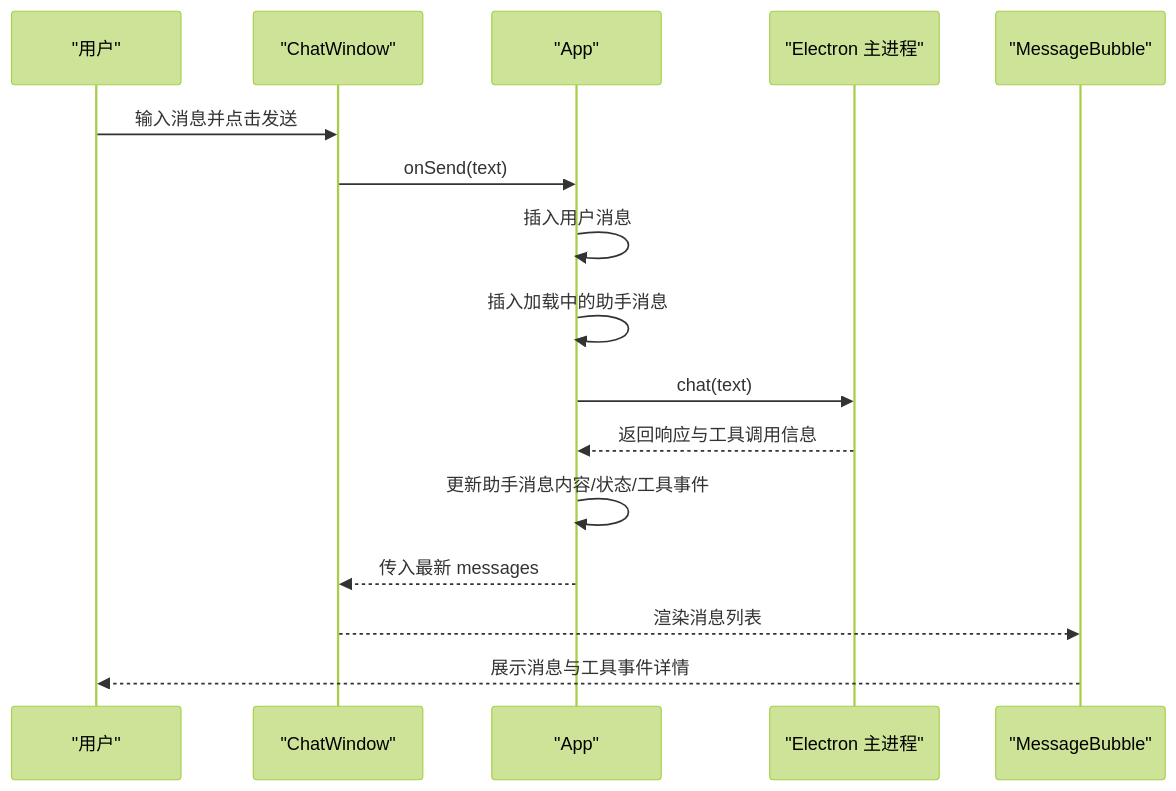
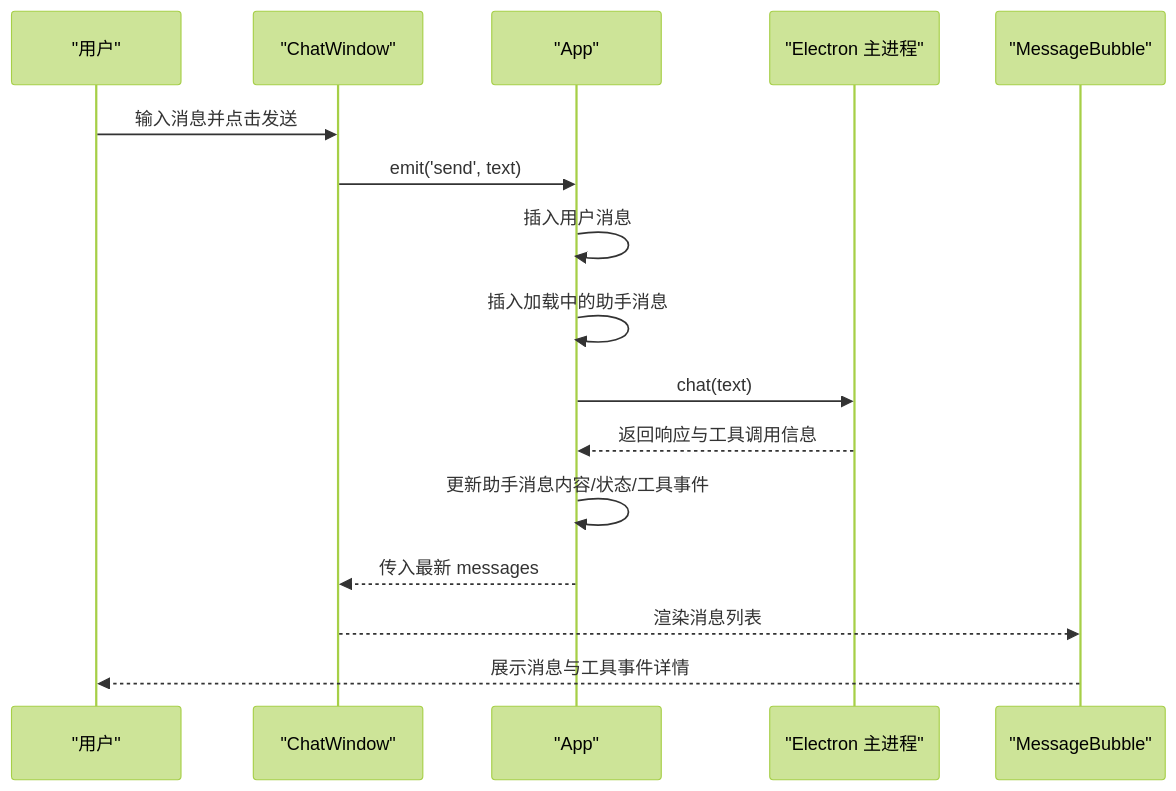
The second of 6 diagrams in .qoder/repowiki/zh/content/核心组件/核心组件.md (hallllla/QAQ-Agent), drawn with Mermaid (forest theme) before and after one commit. The commit also changed other lines of this file and 23 other files, not shown here.

````diff
--- a/.qoder/repowiki/zh/content/核心组件/核心组件.md
+++ b/.qoder/repowiki/zh/content/核心组件/核心组件.md
@@ -72,18 +85,18 @@
 ```mermaid
 sequenceDiagram
 participant U as "用户"
 participant CW as "ChatWindow"
 participant APP as "App"
 participant EP as "Electron 主进程"
 participant MB as "MessageBubble"
 U->>CW : 输入消息并点击发送
-CW->>APP : onSend(text)
+CW->>APP : emit('send', text)
 APP->>APP : 插入用户消息
 APP->>APP : 插入加载中的助手消息
 APP->>EP : chat(text)
 EP-->>APP : 返回响应与工具调用信息
 APP->>APP : 更新助手消息内容/状态/工具事件
 APP-->>CW : 传入最新 messages
 CW-->>MB : 渲染消息列表
 MB-->>U : 展示消息与工具事件详情
 ```
````
